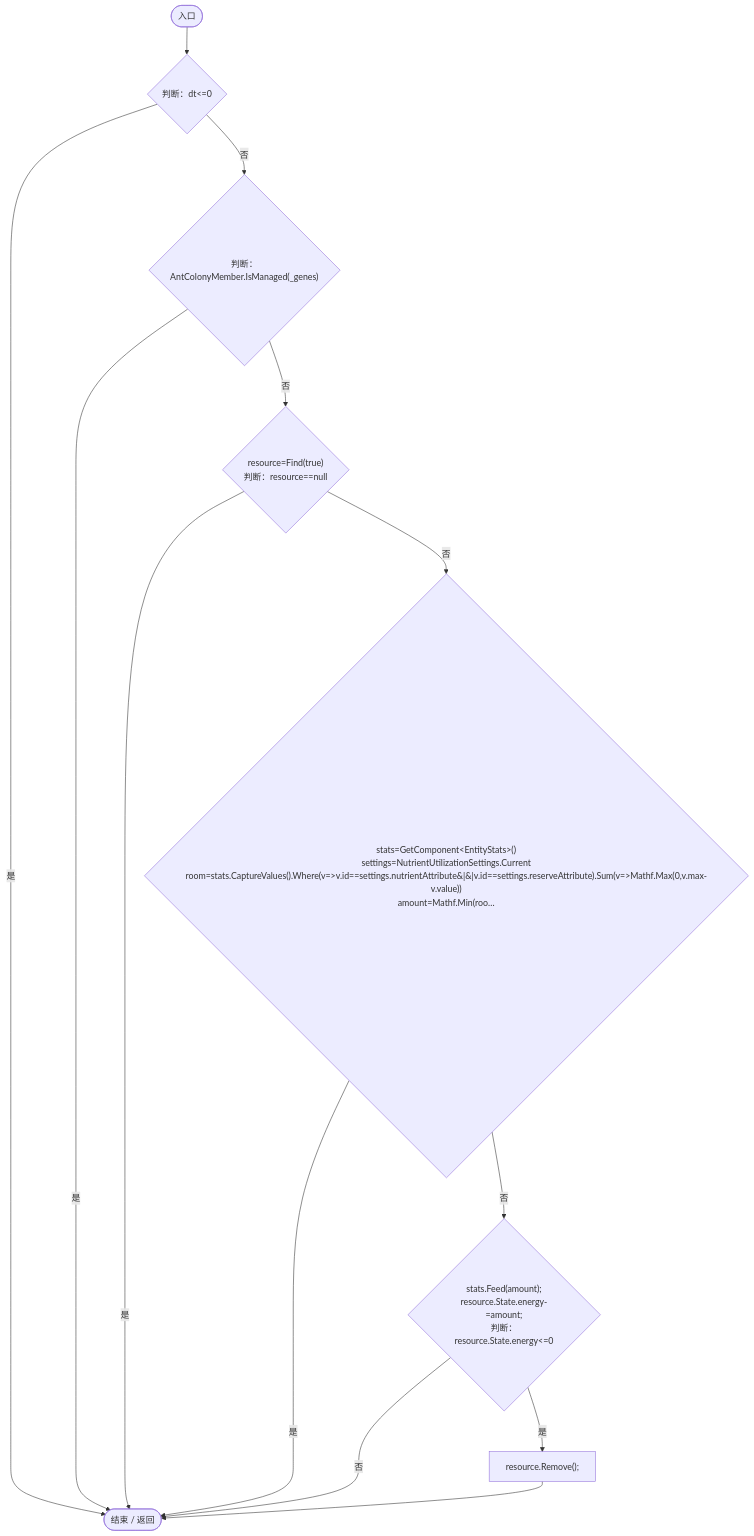
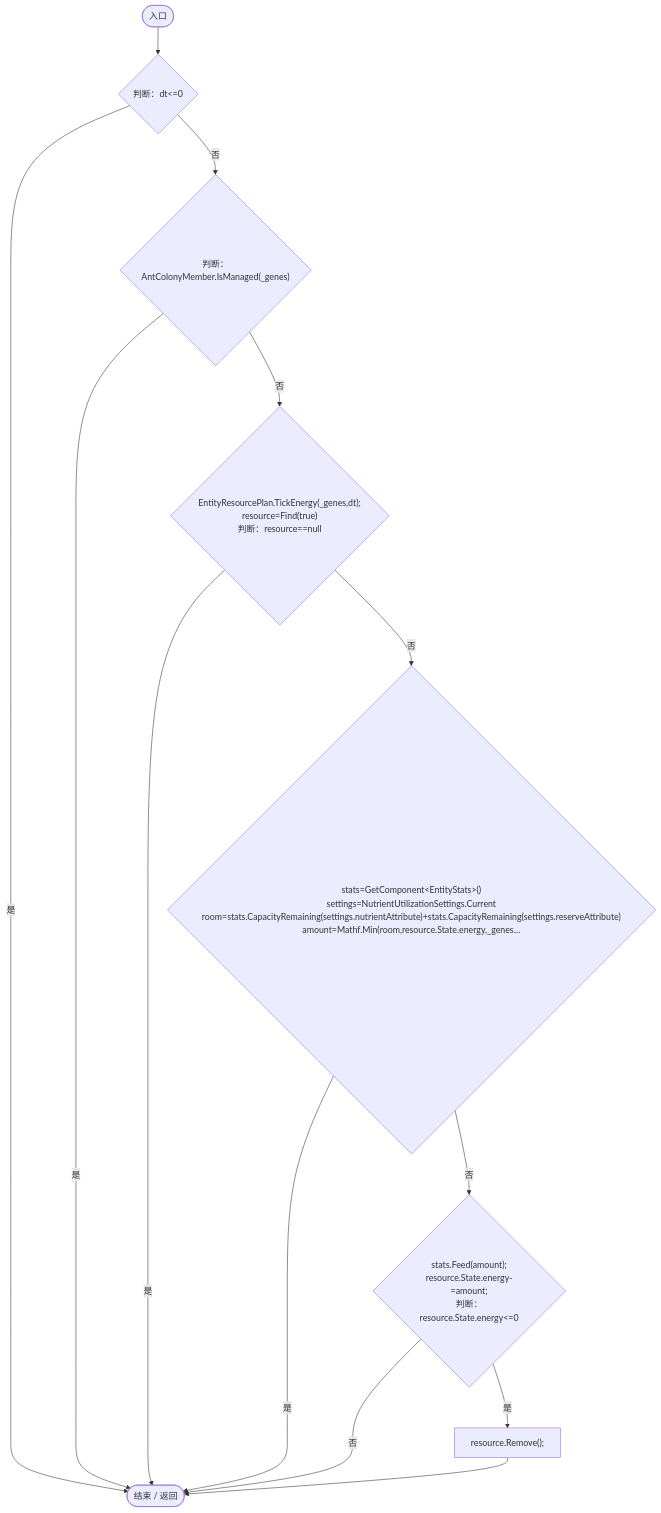
One commit to xhs6666/Darwin_paradise changed the sixth of 7 diagrams in Docs/运行流程图/脚本/123c1bf82bdb8ea2.md. Above: the diagram before and after it, drawn with Mermaid. The commit also changed other lines of this file and 233 other files, not shown here.

````diff
--- a/Docs/运行流程图/脚本/123c1bf82bdb8ea2.md
+++ b/Docs/运行流程图/脚本/123c1bf82bdb8ea2.md
@@ -214,24 +174,24 @@
 ```mermaid
 flowchart TD
   b0(["入口"])
   b1{"判断：dt&lt;=0"}
   b2{"判断：AntColonyMember.IsManaged(_genes)"}
-  b3{"resource=Find(true)<br/>判断：resource==null"}
-  b4{"stats=GetComponent&lt;EntityStats&gt;()<br/>settings=NutrientUtilizationSettings.Current<br/>room=stats.CaptureValues().Where(v=&gt;v.id==settings.nutrientAttribute&#124;&#124;v.id==settings.reserveAttribute).Sum(v=&gt;Mathf.Max(0,v.max-v.value))<br/>amount=Mathf.Min(roo…"}
+  b3{"EntityResourcePlan.TickEnergy(_genes,dt);<br/>resource=Find(true)<br/>判断：resource==null"}
+  b4{"stats=GetComponent&lt;EntityStats&gt;()<br/>settings=NutrientUtilizationSettings.Current<br/>room=stats.CapacityRemaining(settings.nutrientAttribute)+stats.CapacityRemaining(settings.reserveAttribute)<br/>amount=Mathf.Min(room,resource.State.energy,_genes…"}
   b5{"stats.Feed(amount);<br/>resource.State.energy-=amount;<br/>判断：resource.State.energy&lt;=0"}
   b6["resource.Remove();"]
   b7(["结束 / 返回"])
   b0 --> b1
   b1 -->|"否"| b2
   b1 -->|"是"| b7
   b2 -->|"是"| b7
   b2 -->|"否"| b3
   b3 -->|"是"| b7
   b3 -->|"否"| b4
   b4 -->|"是"| b7
   b4 -->|"否"| b5
   b5 -->|"是"| b6
   b5 -->|"否"| b7
   b6 --> b7
 
 ```
````
